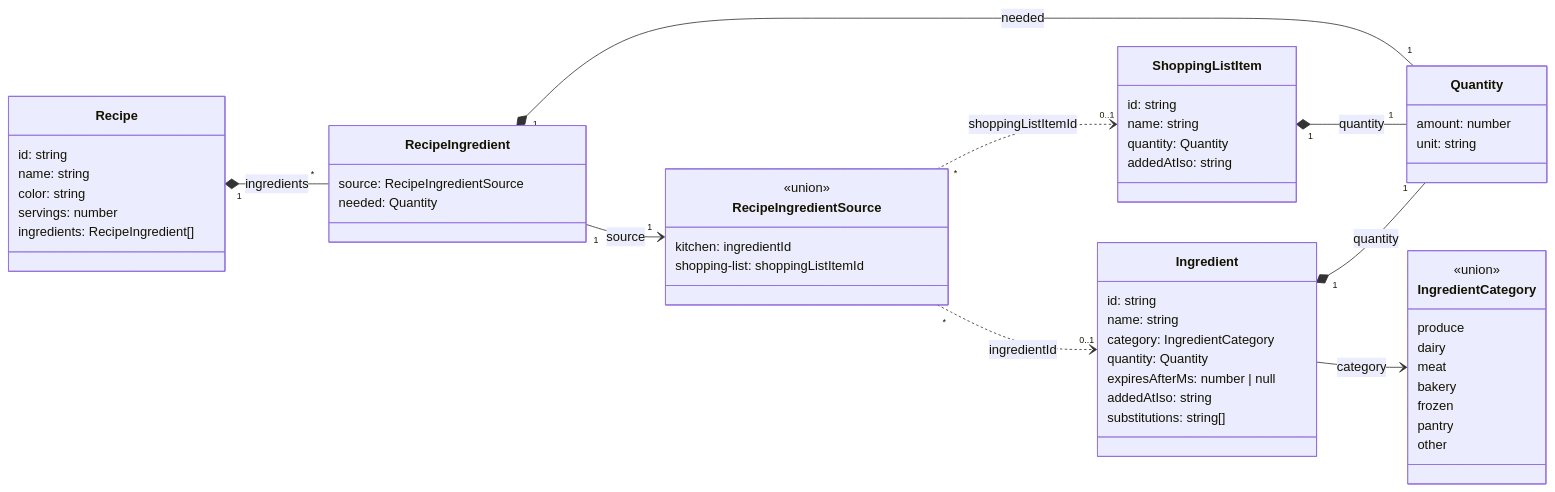
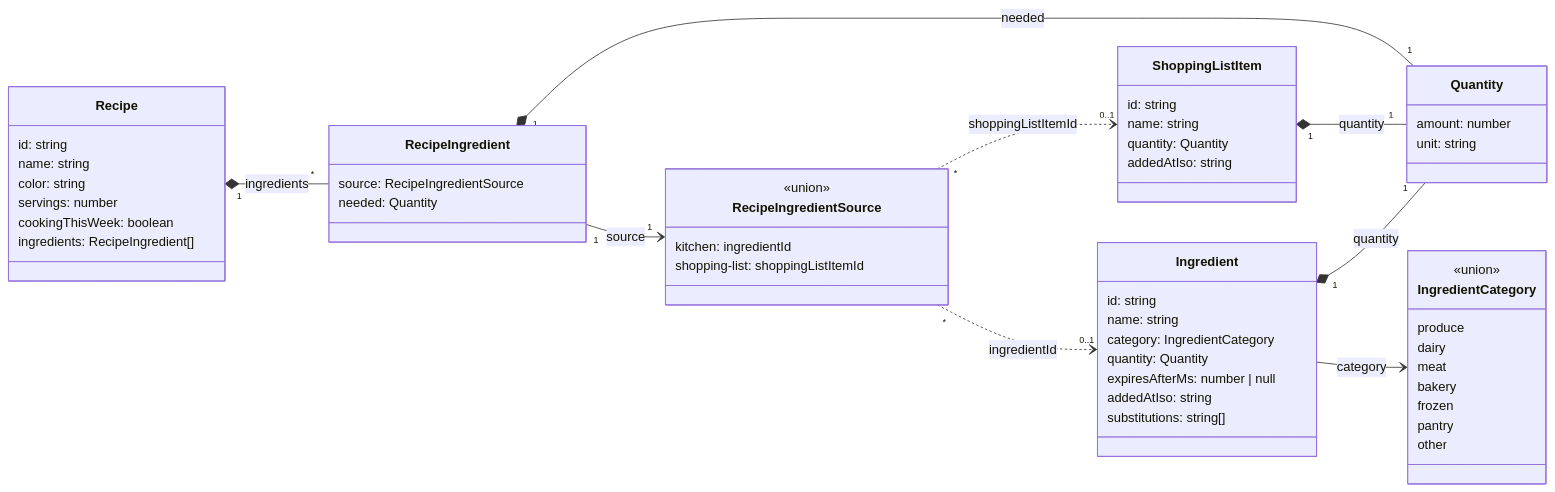
Before and after one commit to AbhinavDwarapu/mise-en-place: the diagram in apps/frontend/docs/data-model.md, drawn with Mermaid. The commit also changed other lines of this file and 5 other files, not shown here.

Commit message:
feat: adding cookingThisWeek flag to recipes

````diff
--- a/apps/frontend/docs/data-model.md
+++ b/apps/frontend/docs/data-model.md
@@ -3,65 +3,66 @@
 ```mermaid
 classDiagram
   direction LR
 
   class Ingredient {
     id: string
     name: string
     category: IngredientCategory
     quantity: Quantity
     expiresAfterMs: number | null
     addedAtIso: string
     substitutions: string[]
   }
 
   class ShoppingListItem {
     id: string
     name: string
     quantity: Quantity
     addedAtIso: string
   }
 
   class Quantity {
     amount: number
     unit: string
   }
 
   class Recipe {
     id: string
     name: string
     color: string
     servings: number
+    cookingThisWeek: boolean
     ingredients: RecipeIngredient[]
   }
 
   class RecipeIngredient {
     source: RecipeIngredientSource
     needed: Quantity
   }
 
   class RecipeIngredientSource {
     <<union>>
     kitchen: ingredientId
     shopping-list: shoppingListItemId
   }
 
   class IngredientCategory {
     <<union>>
     produce
     dairy
     meat
     bakery
     frozen
     pantry
     other
   }
 
   Ingredient "1" *-- "1" Quantity : quantity
   ShoppingListItem "1" *-- "1" Quantity : quantity
   Recipe "1" *-- "*" RecipeIngredient : ingredients
   RecipeIngredient "1" *-- "1" Quantity : needed
   RecipeIngredient "1" --> "1" RecipeIngredientSource : source
   RecipeIngredientSource "*" ..> "0..1" Ingredient : ingredientId
   RecipeIngredientSource "*" ..> "0..1" ShoppingListItem : shoppingListItemId
   Ingredient --> IngredientCategory : category
 ```
````
